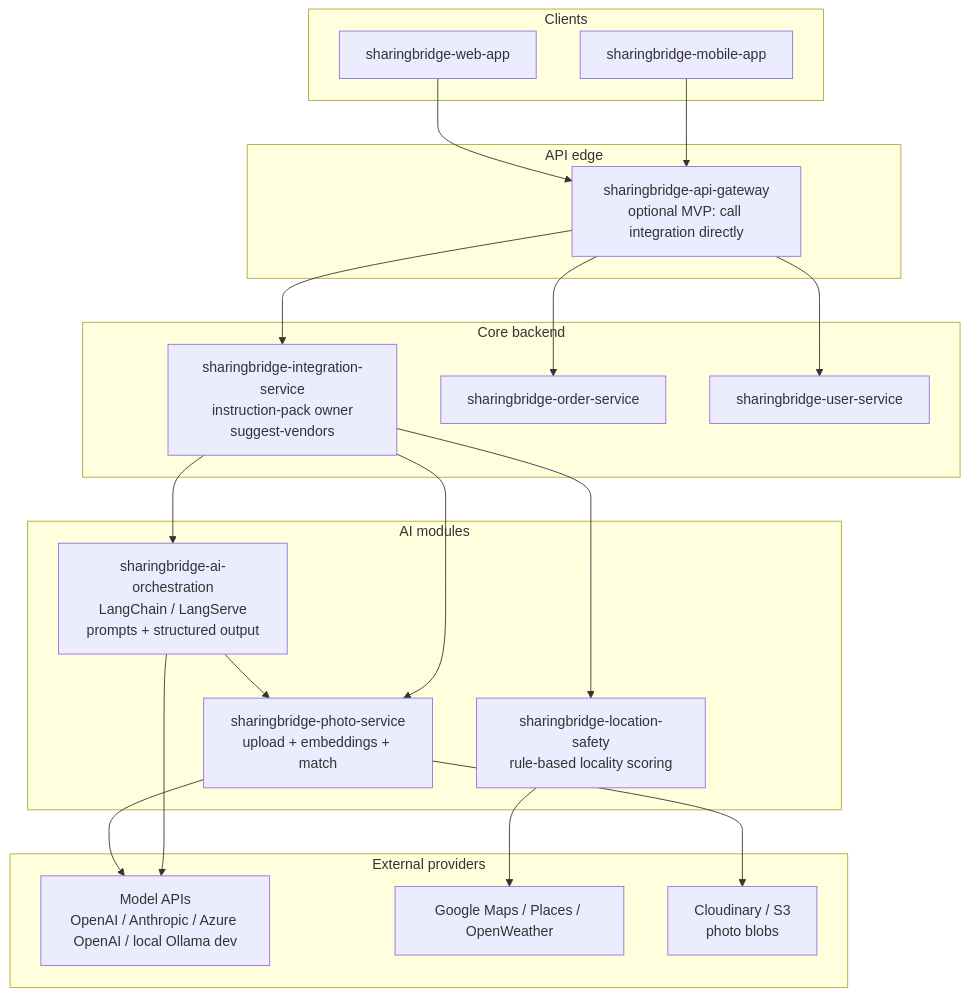
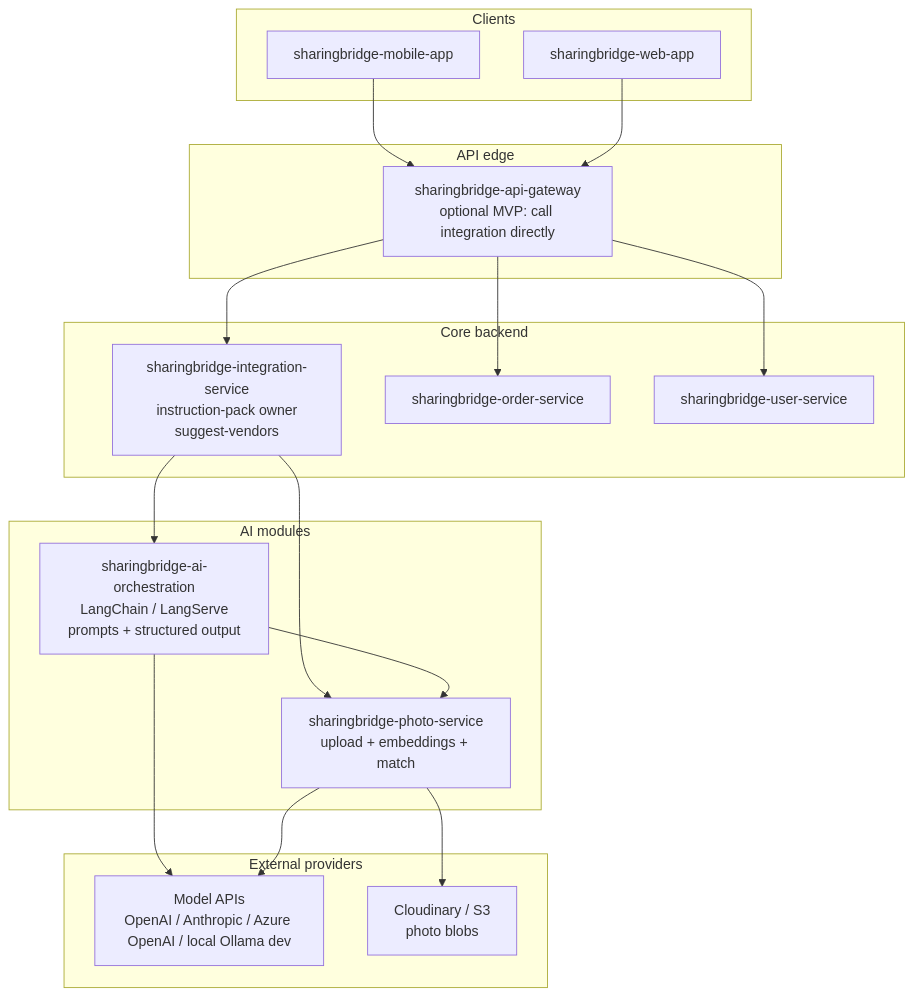
Before and after one commit to sharingbridge/sharingbridge: the first of 3 diagrams in development/AI_PLATFORM_INTEGRATION.md, drawn with Mermaid. The commit also changed other lines of this file and 10 other files, not shown here.

First line of the commit message:
docs: defer location-safety; BRD step 4 is fixed mobile guidance

````diff
--- a/development/AI_PLATFORM_INTEGRATION.md
+++ b/development/AI_PLATFORM_INTEGRATION.md
@@ -42,43 +43,39 @@
 ```mermaid
 flowchart TB
   subgraph clients["Clients"]
     M[sharingbridge-mobile-app]
     W[sharingbridge-web-app]
   end
 
   subgraph edge["API edge"]
     G[sharingbridge-api-gateway\noptional MVP: call integration directly]
   end
 
   subgraph core["Core backend"]
     I[sharingbridge-integration-service\ninstruction-pack owner\nsuggest-vendors]
     O[sharingbridge-order-service]
     U[sharingbridge-user-service]
   end
 
   subgraph ai["AI modules"]
     AIO[sharingbridge-ai-orchestration\nLangChain / LangServe\nprompts + structured output]
-    SAF[sharingbridge-location-safety\nrule-based locality scoring]
     PHO[sharingbridge-photo-service\nupload + embeddings + match]
   end
 
   subgraph external["External providers"]
     LLM[Model APIs\nOpenAI / Anthropic / Azure OpenAI / local Ollama dev]
-    MAPS[Google Maps / Places / OpenWeather]
     STORE[Cloudinary / S3\nphoto blobs]
   end
 
   M --> G
   W --> G
   G --> I
   G --> O
   G --> U
   I --> AIO
-  I --> SAF
   I --> PHO
   AIO --> LLM
   AIO --> PHO
-  SAF --> MAPS
   PHO --> STORE
   PHO --> LLM
 ```
````
